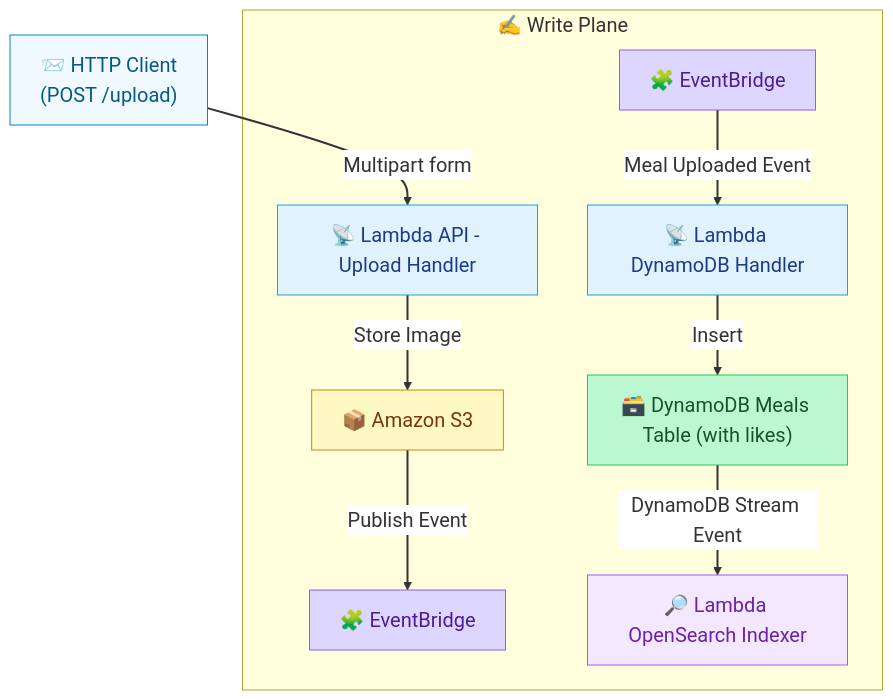
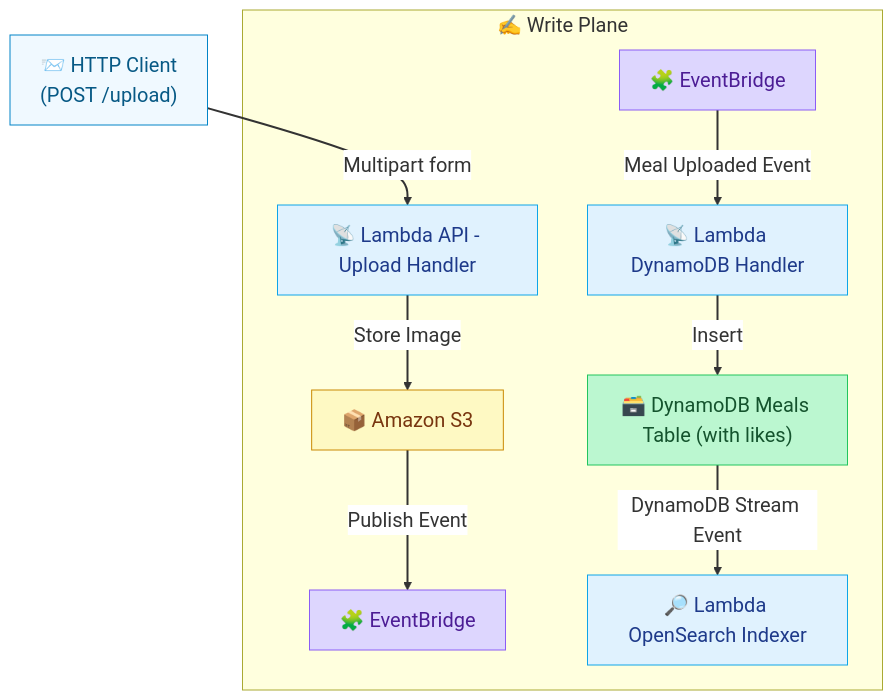
One commit to Venkat-Gorla/smartmeal-serverless changed the diagram in services/docs/write_plane.mmd. Above: the diagram before and after it, drawn with Mermaid.

Commit message:
[mermaid] write plane, use consistent color for lambda

```diff
--- a/services/docs/write_plane.mmd
+++ b/services/docs/write_plane.mmd
@@ -1,30 +1,30 @@
 %%{init: {"theme": "default", "themeVariables": { "fontSize": "20px", "primaryColor": "#E0F2FE", "edgeLabelBackground":"#ffffff"}}}%%
 flowchart TD
 
   A["📨 HTTP Client<br/>(POST /upload)"]:::client
 
   subgraph WRITE["✍️ Write Plane"]
     B["📡 Lambda API - Upload Handler"]:::lambda
     C["📦 Amazon S3"]:::s3
     D["🧩 EventBridge"]:::event
     E["🧩 EventBridge"]:::event
     F["📡 Lambda DynamoDB Handler"]:::lambda
     G["🗃️ DynamoDB Meals Table (with likes)"]:::ddb
-    H["🔎 Lambda OpenSearch Indexer"]:::search
+    H["🔎 Lambda OpenSearch Indexer"]:::lambda
   end
 
   A -->|Multipart form| B
   B -->|Store Image| C
   C -->|Publish Event| D
   E -->|Meal Uploaded Event| F
   F -->|Insert| G
   G -->|DynamoDB Stream Event| H
 
   classDef client fill:#F0F9FF,stroke:#0284C7,color:#075985;
   classDef lambda fill:#E0F2FE,stroke:#0EA5E9,color:#1E3A8A;
   classDef s3 fill:#FEF9C3,stroke:#CA8A04,color:#78350F;
   classDef event fill:#DDD6FE,stroke:#8B5CF6,color:#4C1D95;
   classDef ddb fill:#BBF7D0,stroke:#22C55E,color:#14532D;
   classDef search fill:#F3E8FF,stroke:#A855F7,color:#6B21A8;
 
   linkStyle default stroke-width:2px,fill:none;
```
